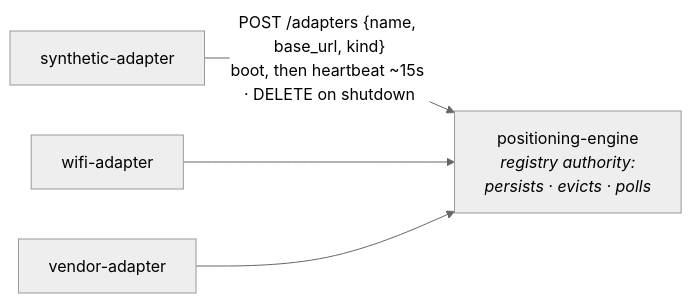
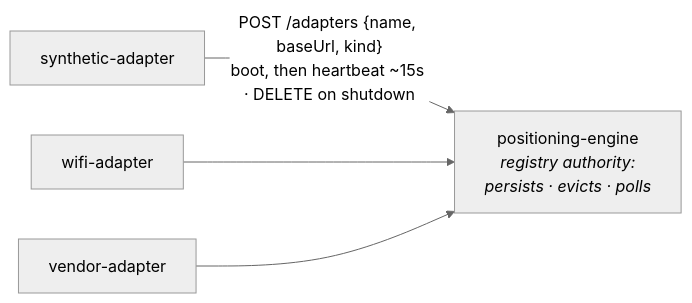
Before and after one commit to Jacobbista/5g-northbound: the diagram in docs/adapter-registry.md, drawn with Mermaid (neutral theme). The commit also changed other lines of this file and 10 other files, not shown here.

First line of the commit message:
docs: rewrite the surface taxonomy and add the data flow

````diff
--- a/docs/adapter-registry.md
+++ b/docs/adapter-registry.md
@@ -11,7 +11,7 @@
 ```mermaid
 flowchart LR
-    M["synthetic-adapter"] -->|"POST /adapters {name, base_url, kind}<br/>boot, then heartbeat ~15s · DELETE on shutdown"| E
+    M["synthetic-adapter"] -->|"POST /adapters {name, baseUrl, kind}<br/>boot, then heartbeat ~15s · DELETE on shutdown"| E
     W["wifi-adapter"] --> E
     R["vendor-adapter"] --> E
     E["positioning-engine<br/><i>registry authority:<br/>persists · evicts · polls</i>"]
 ```
````
